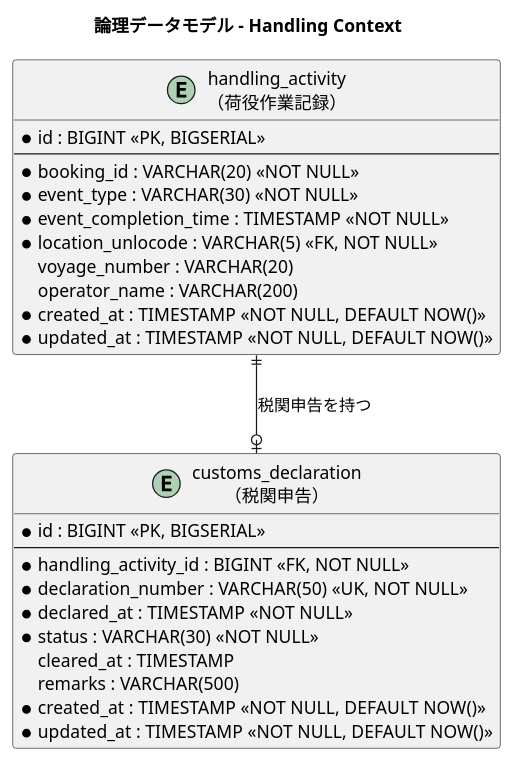
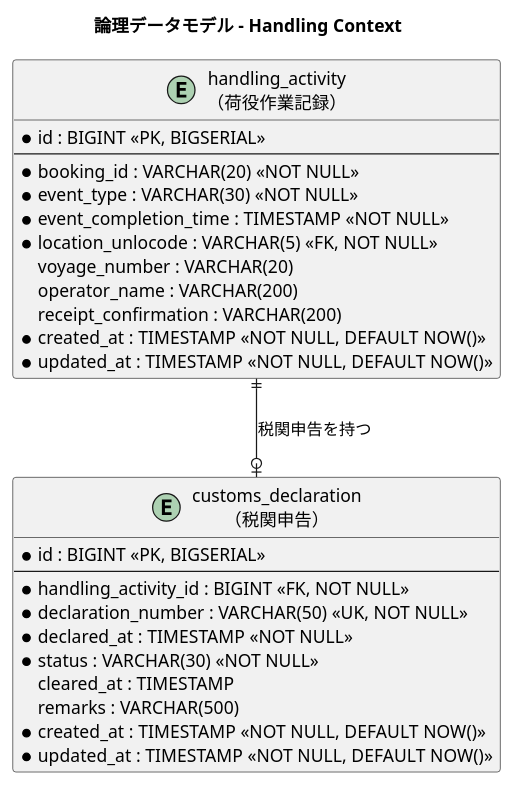
One commit to k2works/case-study-cargo-tracker changed the sixth of 9 diagrams in docs/design/data-model.md. Above: the diagram before and after it, drawn with PlantUML. The commit also changed 1 other file, not shown here.

Commit message:
docs(design): IT5 実装に伴う設計反映（ReceiptConfirmation・荷役↔状態対応表）
実装と同一 IT で docs/design を更新し先行乖離を残さない規律に従い:
- domain-model.md: HandlingType・ReceiptConfirmation VO を Handling Context 要素表に追加、
  荷役種別と TrackingStatus の対応表を追記
- data-model.md: handling_activity に receipt_confirmation 列を追加（US16）

````diff
--- a/docs/design/data-model.md
+++ b/docs/design/data-model.md
@@ -505,34 +505,37 @@
 ```plantuml
 @startuml
 title 論理データモデル - Handling Context
 
 entity "handling_activity\n（荷役作業記録）" as handling_activity {
   * id : BIGINT <<PK, BIGSERIAL>>
   --
   * booking_id : VARCHAR(20) <<NOT NULL>>
   * event_type : VARCHAR(30) <<NOT NULL>>
   * event_completion_time : TIMESTAMP <<NOT NULL>>
   * location_unlocode : VARCHAR(5) <<FK, NOT NULL>>
   voyage_number : VARCHAR(20)
   operator_name : VARCHAR(200)
+  receipt_confirmation : VARCHAR(200)
   * created_at : TIMESTAMP <<NOT NULL, DEFAULT NOW()>>
   * updated_at : TIMESTAMP <<NOT NULL, DEFAULT NOW()>>
 }
+
+' receipt_confirmation は引取（CLAIM）時の荷受人確認（署名／確認コード。US16・IT5 実装）
 
 entity "customs_declaration\n（税関申告）" as customs_declaration {
   * id : BIGINT <<PK, BIGSERIAL>>
   --
   * handling_activity_id : BIGINT <<FK, NOT NULL>>
   * declaration_number : VARCHAR(50) <<UK, NOT NULL>>
   * declared_at : TIMESTAMP <<NOT NULL>>
   * status : VARCHAR(30) <<NOT NULL>>
   cleared_at : TIMESTAMP
   remarks : VARCHAR(500)
   * created_at : TIMESTAMP <<NOT NULL, DEFAULT NOW()>>
   * updated_at : TIMESTAMP <<NOT NULL, DEFAULT NOW()>>
 }
 
 handling_activity ||--o| customs_declaration : "税関申告を持つ"
 
 @enduml
 ```
````
